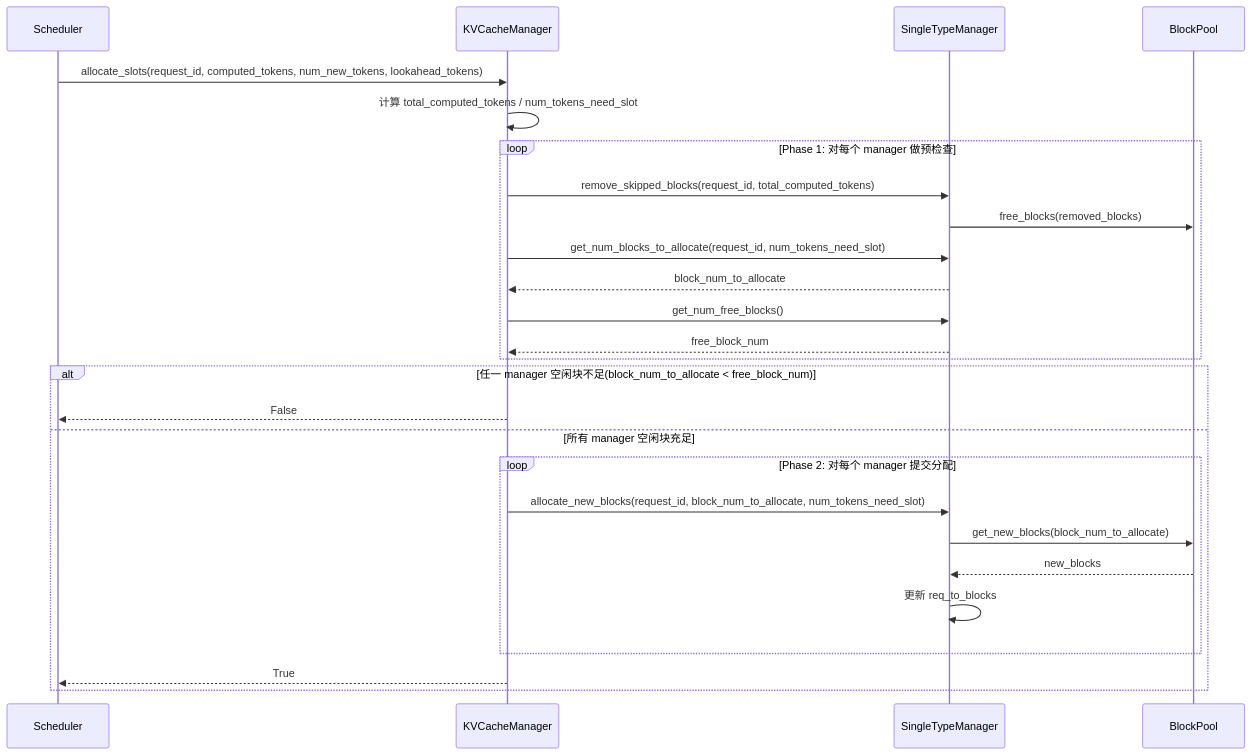
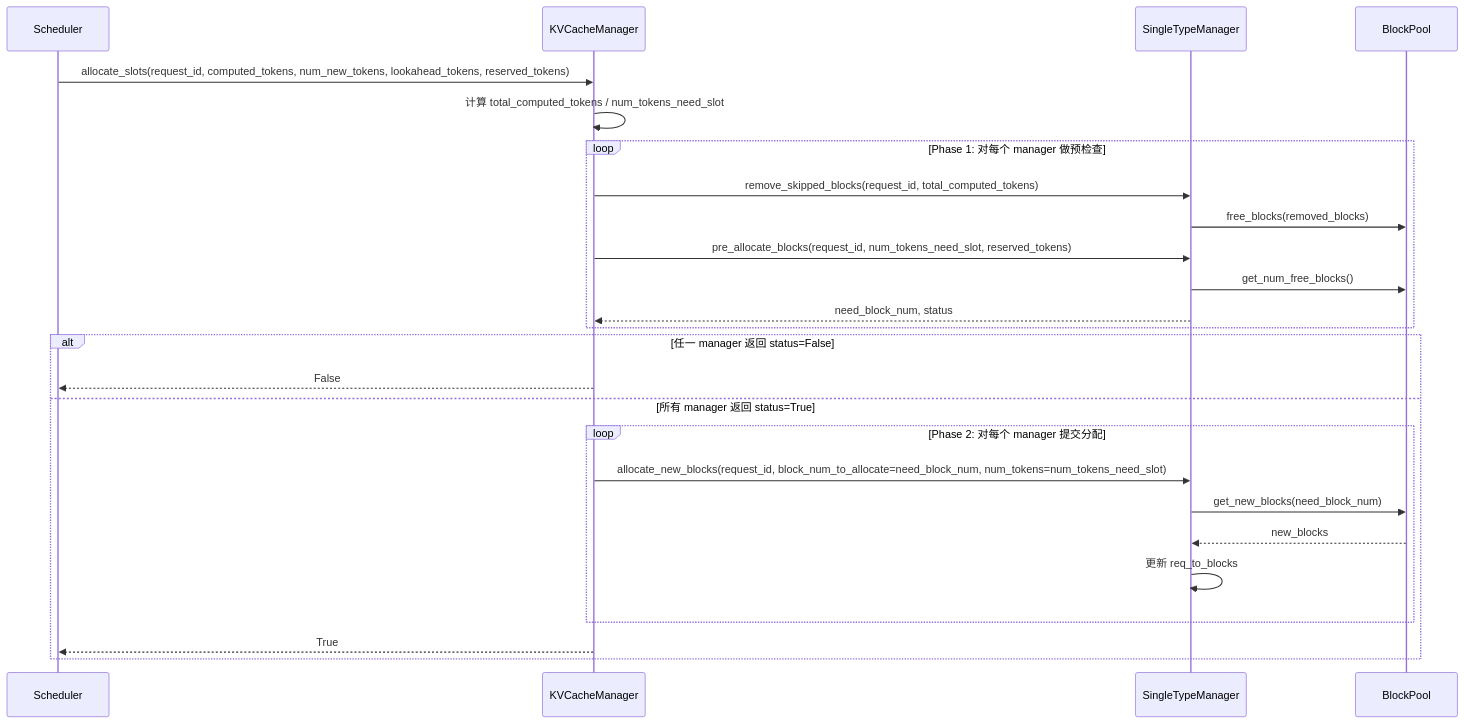
The second of 3 diagrams in docs/design/kv_cache_design.md (hicann/cann-recipes-infer), drawn with Mermaid before and after one commit. The commit also changed other lines of this file and 2 other files, not shown here.

````diff
--- a/docs/design/kv_cache_design.md
+++ b/docs/design/kv_cache_design.md
@@ -265,29 +295,28 @@
 ```mermaid
 sequenceDiagram
     participant S as Scheduler
     participant K as KVCacheManager
     participant M as SingleTypeManager
     participant P as BlockPool
 
-    S->>K: allocate_slots(request_id, computed_tokens, num_new_tokens, lookahead_tokens)
+    S->>K: allocate_slots(request_id, computed_tokens, num_new_tokens, lookahead_tokens, reserved_tokens)
     K->>K: 计算 total_computed_tokens / num_tokens_need_slot
     loop Phase 1: 对每个 manager 做预检查
         K->>M: remove_skipped_blocks(request_id, total_computed_tokens)
         M->>P: free_blocks(removed_blocks)
-        K->>M: get_num_blocks_to_allocate(request_id, num_tokens_need_slot)
-        M-->>K: block_num_to_allocate
-        K->>M: get_num_free_blocks()
-        M-->>K: free_block_num
+        K->>M: pre_allocate_blocks(request_id, num_tokens_need_slot, reserved_tokens)
+        M->>P: get_num_free_blocks()
+        M-->>K: need_block_num, status
     end
-    alt 任一 manager 空闲块不足(block_num_to_allocate < free_block_num)
+    alt 任一 manager 返回 status=False
         K-->>S: False
-    else 所有 manager 空闲块充足
+    else 所有 manager 返回 status=True
         loop Phase 2: 对每个 manager 提交分配
-            K->>M: allocate_new_blocks(request_id, block_num_to_allocate, num_tokens_need_slot)
-            M->>P: get_new_blocks(block_num_to_allocate)
+            K->>M: allocate_new_blocks(request_id, block_num_to_allocate=need_block_num, num_tokens=num_tokens_need_slot)
+            M->>P: get_new_blocks(need_block_num)
             P-->>M: new_blocks
             M->>M: 更新 req_to_blocks
         end
         K-->>S: True
     end
 ```
````
